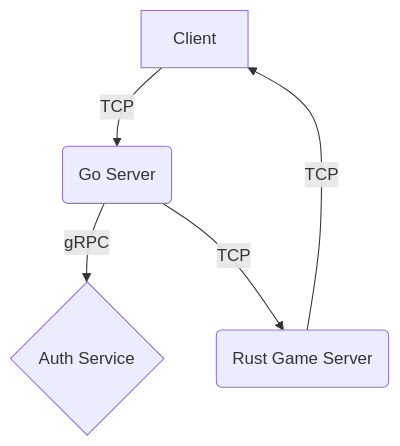
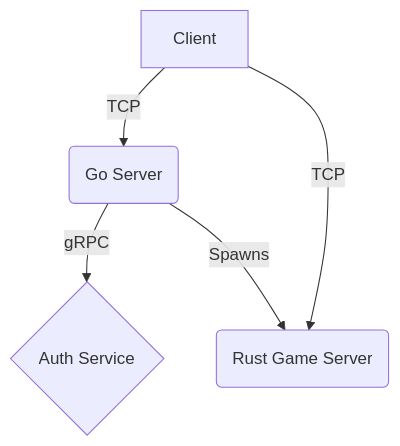
The diagram in documentation/architecture.md (GrGLeo/TermArena), drawn with Mermaid before and after one commit. The commit also changed other lines of this file and 2 other files, not shown here.

Commit message:
fix: documentation

````diff
--- a/documentation/architecture.md
+++ b/documentation/architecture.md
@@ -19,7 +19,7 @@
 ```mermaid
 graph TD
     A[Client] -->|TCP| B(Go Server)
     B -->|gRPC| C{Auth Service}
-    B -->|TCP| D(Rust Game Server)
-    D -->|TCP| A
+    B -->|Spawns| D(Rust Game Server)
+    A -->|TCP| D
 ```
````
